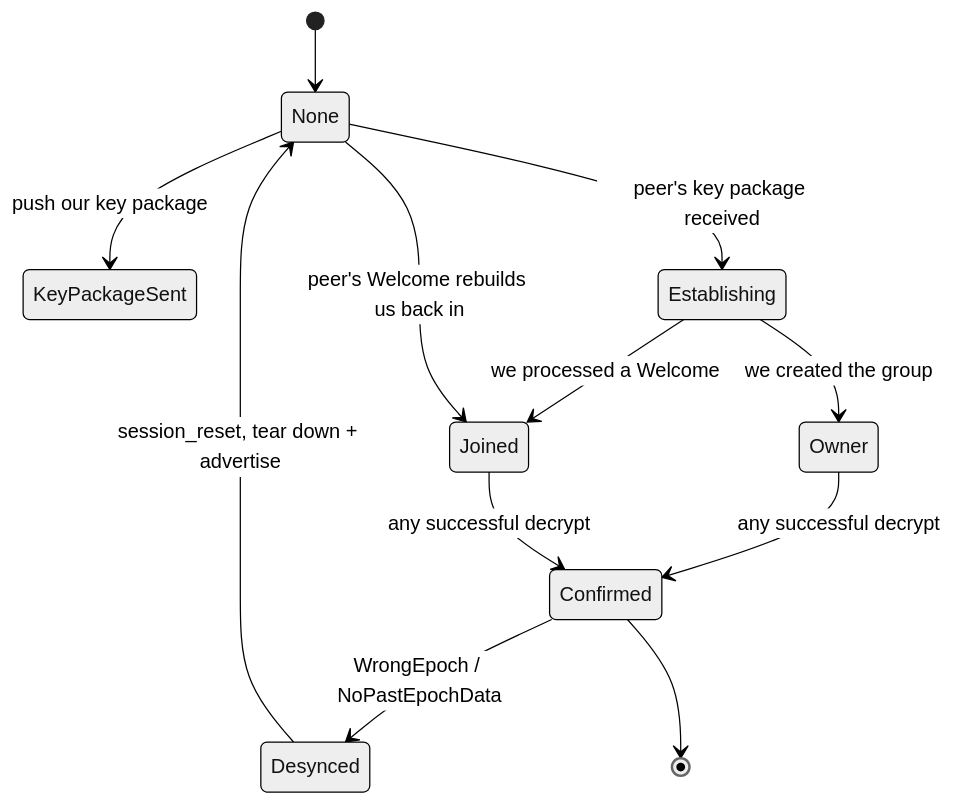
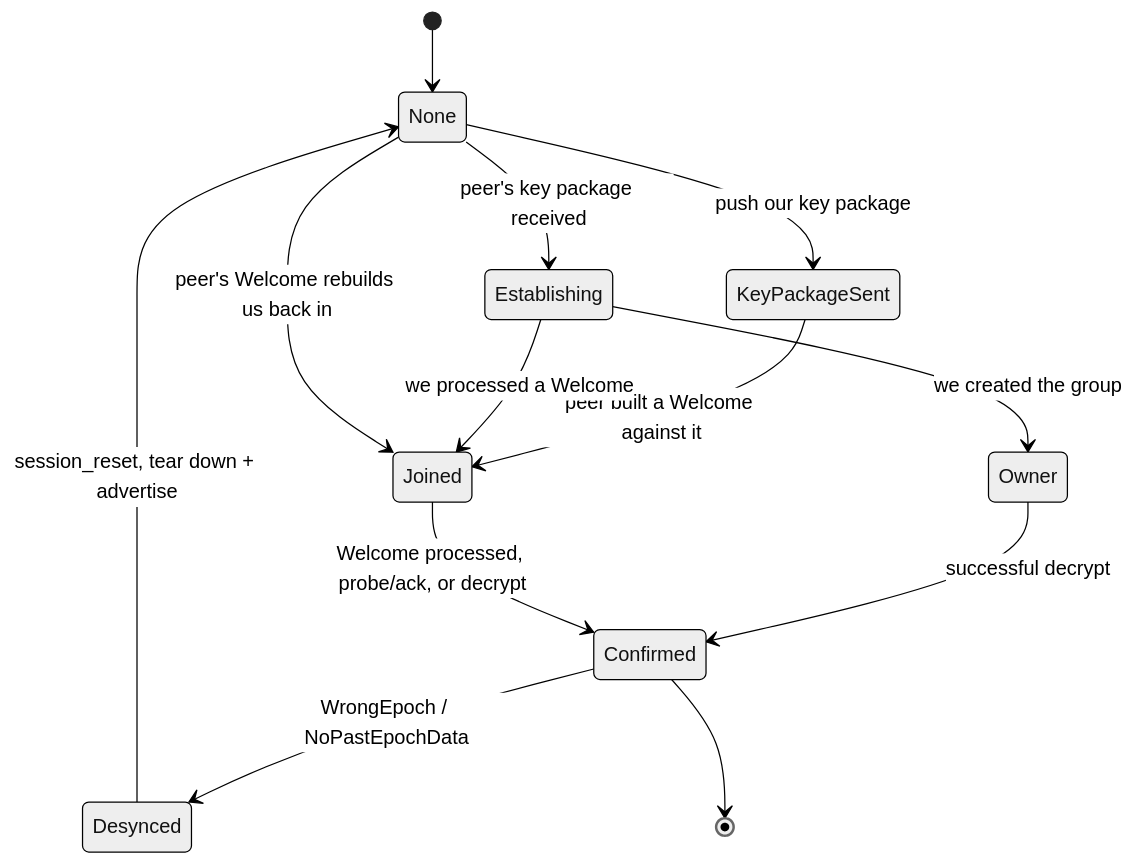
Before and after one commit to Offline-Protocol/offline-protocol-sdk: the diagram in docs/state-machines/session-lifecycle.md, drawn with Mermaid (neutral theme). The commit also changed other lines of this file and 20 other files, not shown here.

````diff
--- a/docs/state-machines/session-lifecycle.md
+++ b/docs/state-machines/session-lifecycle.md
@@ -22,18 +22,19 @@
 ```mermaid
 stateDiagram-v2
     [*] --> None
     None --> KeyPackageSent: push our key package
     None --> Establishing: peer's key package received
+    KeyPackageSent --> Joined: peer built a Welcome against it
 
     Establishing --> Owner: we created the group
     Establishing --> Joined: we processed a Welcome
 
-    Owner --> Confirmed: any successful decrypt
-    Joined --> Confirmed: any successful decrypt
+    Owner --> Confirmed: successful decrypt
+    Joined --> Confirmed: Welcome processed, probe/ack, or decrypt
 
     Confirmed --> Desynced: WrongEpoch / NoPastEpochData
     Desynced --> None: session_reset, tear down + advertise
     None --> Joined: peer's Welcome rebuilds us back in
 
     Confirmed --> [*]
 ```
````
